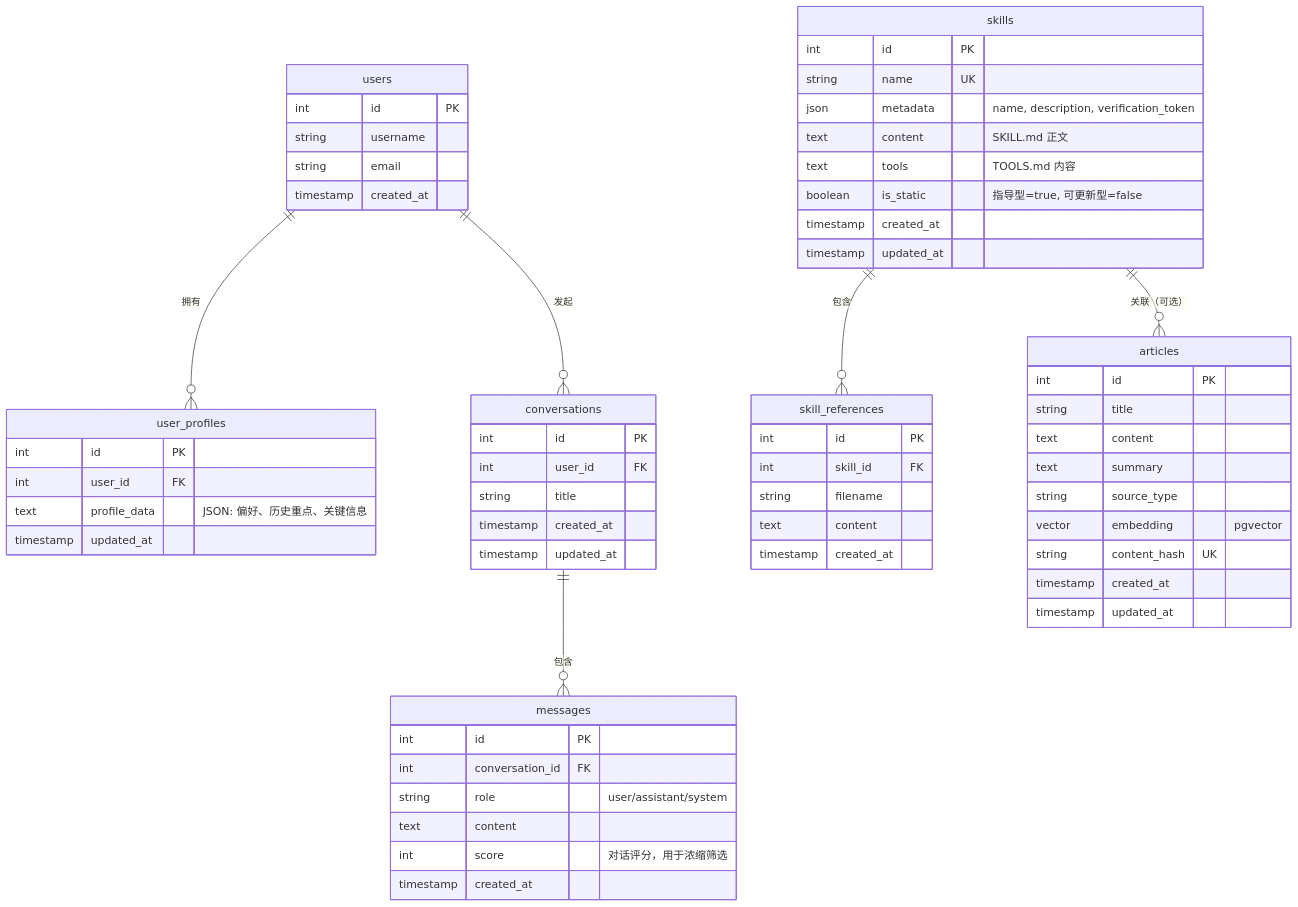
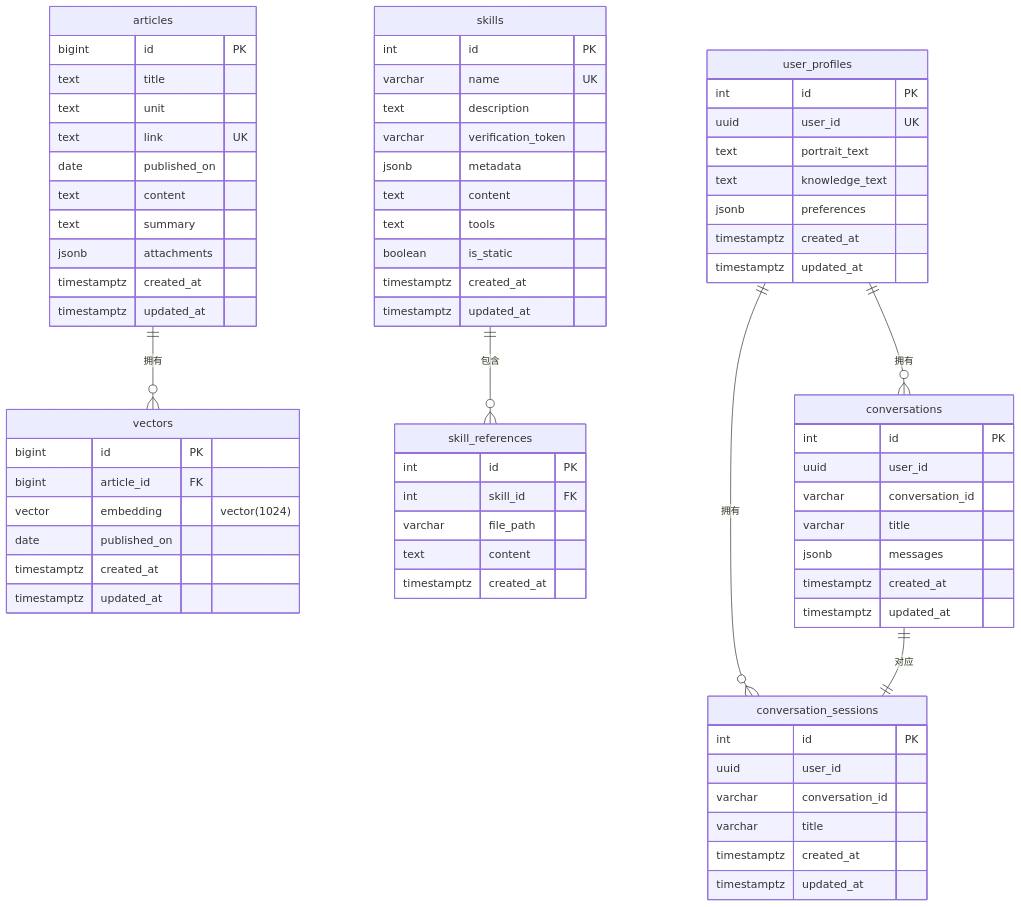
One commit to MEO-wj/OA_Reader_APP changed the third of 12 diagrams in ai_end/README.md. Above: the diagram before and after it, drawn with Mermaid. The commit also changed other lines of this file and 6 other files, not shown here.

````diff
--- a/ai_end/README.md
+++ b/ai_end/README.md
@@ -241,71 +231,80 @@
 ```mermaid
 erDiagram
-    users ||--o{ user_profiles : "拥有"
-    users ||--o{ conversations : "发起"
-    conversations ||--o{ messages : "包含"
+    articles ||--o{ vectors : "拥有"
+    skills ||--o{ skill_references : "包含"
+    user_profiles ||--o{ conversations : "拥有"
+    user_profiles ||--o{ conversation_sessions : "拥有"
+    conversations ||--|| conversation_sessions : "对应"
 
-    skills ||--o{ skill_references : "包含"
-    skills ||--o{ articles : "关联（可选）"
-
-    users {
-        int id PK
-        string username
-        string email
-        timestamp created_at
+    articles {
+        bigint id PK
+        text title
+        text unit
+        text link UK
+        date published_on
+        text content
+        text summary
+        jsonb attachments
+        timestamptz created_at
+        timestamptz updated_at
     }
 
-    user_profiles {
-        int id PK
-        int user_id FK
-        text profile_data "JSON: 偏好、历史重点、关键信息"
-        timestamp updated_at
-    }
-
-    conversations {
-        int id PK
-        int user_id FK
-        string title
-        timestamp created_at
-        timestamp updated_at
-    }
-
-    messages {
-        int id PK
-        int conversation_id FK
-        string role "user/assistant/system"
-        text content
-        int score "对话评分，用于浓缩筛选"
-        timestamp created_at
+    vectors {
+        bigint id PK
+        bigint article_id FK
+        vector embedding "vector(1024)"
+        date published_on
+        timestamptz created_at
+        timestamptz updated_at
     }
 
     skills {
         int id PK
-        string name UK
-        json metadata "name, description, verification_token"
-        text content "SKILL.md 正文"
-        text tools "TOOLS.md 内容"
-        boolean is_static "指导型=true, 可更新型=false"
-        timestamp created_at
-        timestamp updated_at
+        varchar name UK
+        text description
+        varchar verification_token
+        jsonb metadata
+        text content
+        text tools
+        boolean is_static
+        timestamptz created_at
+        timestamptz updated_at
     }
 
     skill_references {
         int id PK
         int skill_id FK
-        string filename
+        varchar file_path
         text content
-        timestamp created_at
+        timestamptz created_at
     }
 
-    articles {
+    user_profiles {
         int id PK
-        string title
-        text content
-        text summary
-        string source_type
-        vector embedding "pgvector"
-        string content_hash UK
-        timestamp created_at
-        timestamp updated_at
+        uuid user_id UK
+        text portrait_text
+        text knowledge_text
+        jsonb preferences
+        timestamptz created_at
+        timestamptz updated_at
+    }
+
+    conversations {
+        int id PK
+        uuid user_id
+        varchar conversation_id
+        varchar title
+        jsonb messages
+        timestamptz created_at
+        timestamptz updated_at
+    }
+
+    conversation_sessions {
+        int id PK
+        uuid user_id
+        varchar conversation_id
+        varchar title
+        timestamptz created_at
+        timestamptz updated_at
     }
 ```
````
